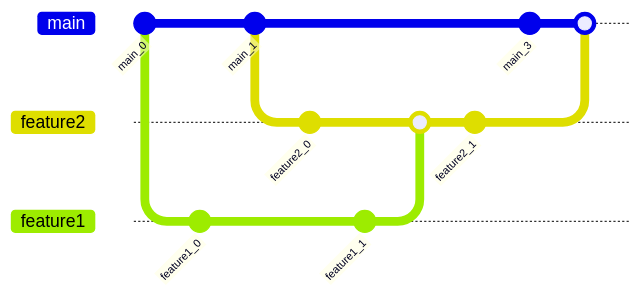
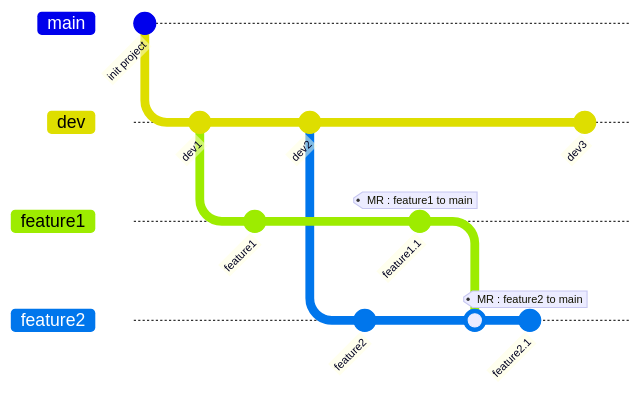
Before and after one commit to tsengyushiang/notes: the first of 2 diagrams in git/revert-merge-request.md, drawn with Mermaid. The commit also changed other lines of this file, not shown here.

````diff
--- a/git/revert-merge-request.md
+++ b/git/revert-merge-request.md
@@ -28,18 +7,19 @@
 ```mermaid
 gitGraph
-  commit id:"main_0"
-  branch feature1 order:3
-  commit id:"feature1_0"
-  checkout main
-  commit id:"main_1"
-  branch feature2 order:2
-  commit id:"feature2_0"
+  commit id:"init project"
+  branch dev
+  commit id:"dev1"
+  branch feature1
+  commit id:"feature1"
+  checkout dev
+  commit id:"dev2"
+  branch feature2
+  commit id:"feature2"
   checkout feature1
-  commit id:"feature1_1"
+  commit id:"feature1.1" tag:"MR : feature1 to main"
   checkout feature2
   merge feature1
-  commit id:"feature2_1"
-  checkout main
-  commit id:"main_3"
-  merge feature2
+  commit id:"feature2.1" tag:"MR : feature2 to main"
+  checkout dev
+  commit id:"dev3"
 ```
````
